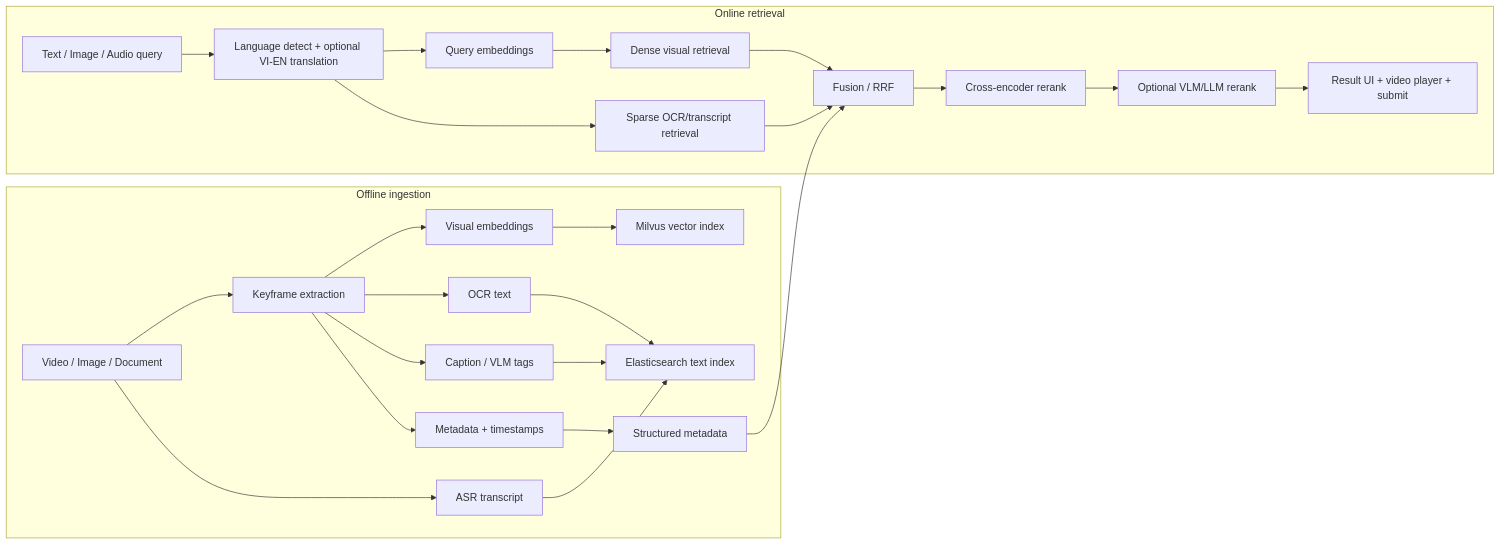
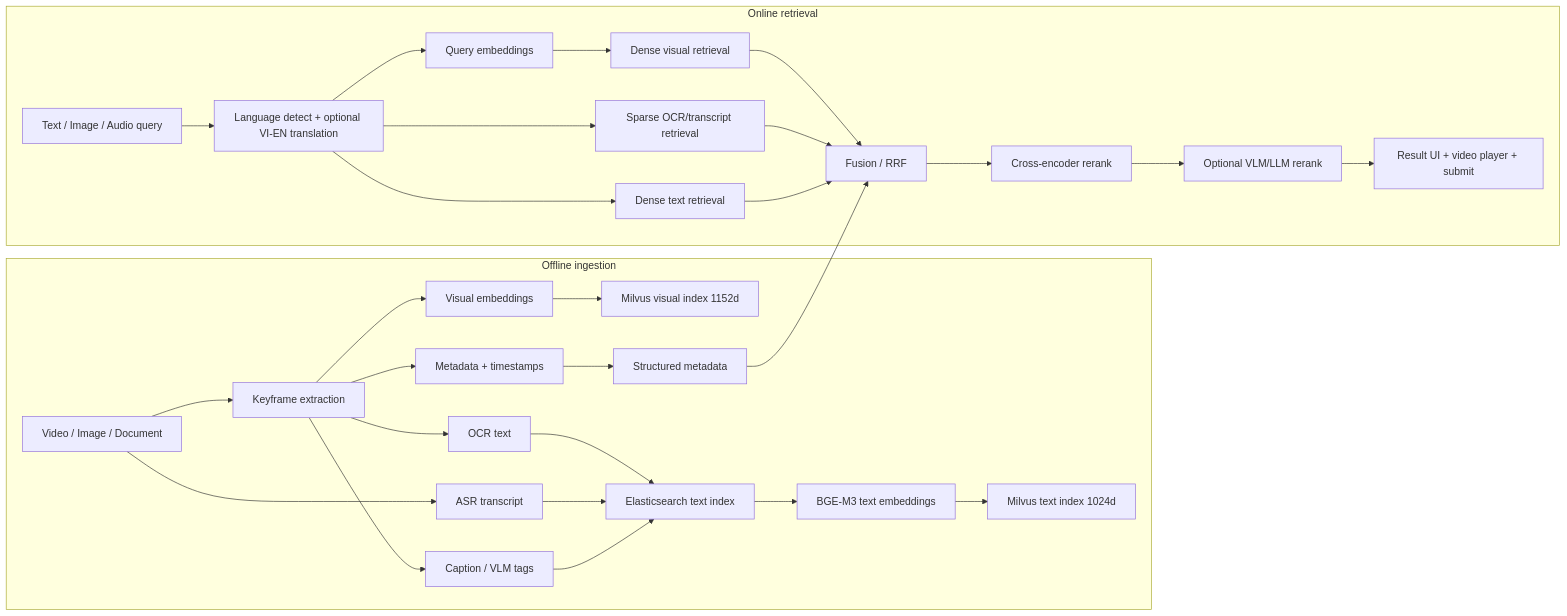
Before and after one commit to NBasLongz/AIC-Video-Retrieval-System: the diagram in README.md, drawn with Mermaid. The commit also changed other lines of this file and 10 other files, not shown here.

````diff
--- a/README.md
+++ b/README.md
@@ -35,29 +199,33 @@
 ```mermaid
 flowchart LR
     subgraph OFF["Offline ingestion"]
         V["Video / Image / Document"] --> KF["Keyframe extraction"]
         V --> ASR["ASR transcript"]
         KF --> VIS["Visual embeddings"]
         KF --> OCR["OCR text"]
         KF --> CAP["Caption / VLM tags"]
         KF --> META["Metadata + timestamps"]
-        VIS --> MI["Milvus vector index"]
+        VIS --> MI["Milvus visual index 1152d"]
         OCR --> ES["Elasticsearch text index"]
         ASR --> ES
         CAP --> ES
+        ES --> TDE["BGE-M3 text embeddings"]
+        TDE --> TMI["Milvus text index 1024d"]
         META --> MF["Structured metadata"]
     end
 
     subgraph ON["Online retrieval"]
         Q["Text / Image / Audio query"] --> PRE["Language detect + optional VI-EN translation"]
         PRE --> QE["Query embeddings"]
         QE --> DR["Dense visual retrieval"]
         PRE --> SR["Sparse OCR/transcript retrieval"]
+        PRE --> DTR["Dense text retrieval"]
         DR --> FU["Fusion / RRF"]
         SR --> FU
+        DTR --> FU
         MF --> FU
         FU --> RR["Cross-encoder rerank"]
         RR --> VR["Optional VLM/LLM rerank"]
         VR --> UI["Result UI + video player + submit"]
     end
 ```
````
